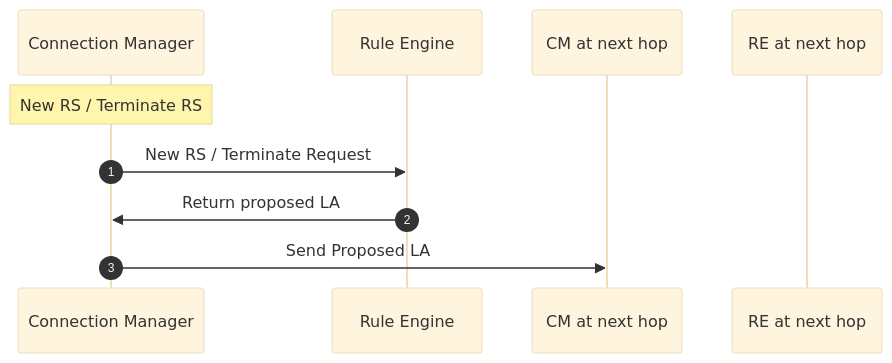
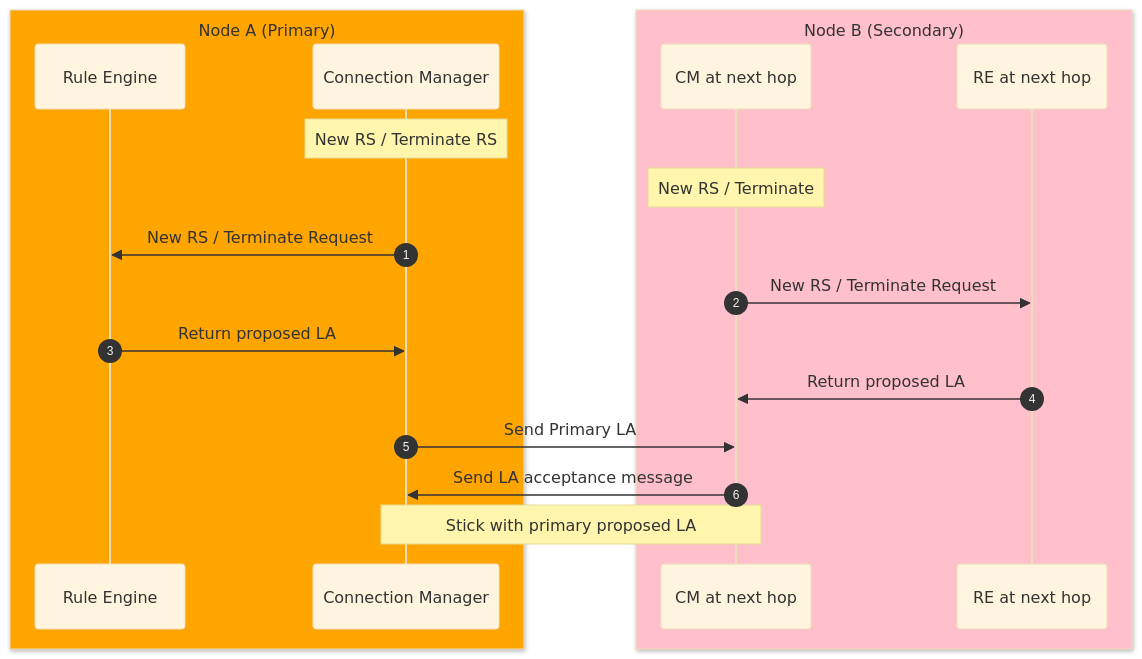
The fifth of 5 diagrams in connection_manager/README.md (sfc-aqua/qrsa), drawn with Mermaid (base theme) before and after one commit. The commit also changed other lines of this file and 1 other file, not shown here.

Commit message:
added lau for connection manager

````diff
--- a/connection_manager/README.md
+++ b/connection_manager/README.md
@@ -165,18 +168,26 @@
 ```mermaid
 sequenceDiagram
 autonumber
-
-participant cm as Connection Manager
-participant re as Rule Engine
-
-participant cm2 as CM at next hop
-participant re2 as RE at next hop
-
+Box orange Node A (Primary)
+    participant re as Rule Engine
+    participant cm as Connection Manager
+end
+Box pink Node B (Secondary)
+    participant cm2 as CM at next hop
+    participant re2 as RE at next hop
+end 
 
 Note over cm: New RS / Terminate RS
+Note over cm2: New RS / Terminate
+
 cm ->> re: New RS / Terminate Request
+cm2 ->> re2: New RS / Terminate Request
+
 re ->> cm: Return proposed LA
-cm ->> cm2: Send Proposed LA
+re2 ->> cm2: Return proposed LA
 
+cm ->> cm2: Send Primary LA
+cm2 ->> cm: Send LA acceptance message
 
+Note over cm, cm2: Stick with primary proposed LA
 ```
````
